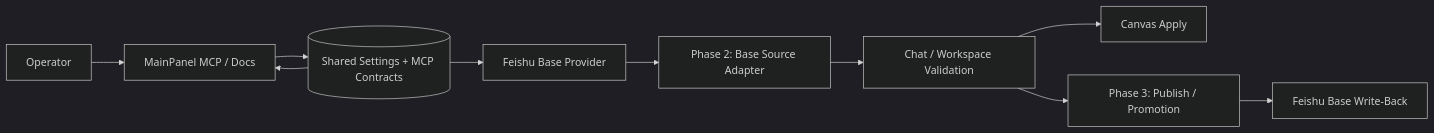
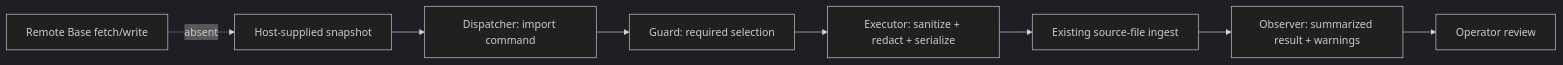
The first of 2 diagrams in docs/documents/knowgrph-mcp/knowgrph-feishu-base-mcp-prd-tad.md (huijoohwee/agentic-graph), drawn with Mermaid (dark theme) before and after one commit. The commit also changed other lines of this file and 76 other files, not shown here.

````diff
--- a/docs/documents/knowgrph-mcp/knowgrph-feishu-base-mcp-prd-tad.md
+++ b/docs/documents/knowgrph-mcp/knowgrph-feishu-base-mcp-prd-tad.md
@@ -317,22 +174,10 @@
 ```mermaid
 flowchart LR
-  Operator["Operator"]
-  MainPanel["MainPanel MCP / Docs"]
-  SharedContracts[("Shared Settings + MCP Contracts")]
-  BaseProvider["Feishu Base Provider"]
-  Adapter["Phase 2: Base Source Adapter"]
-  Validation["Chat / Workspace Validation"]
-  Canvas["Canvas Apply"]
-  Promotion["Phase 3: Publish / Promotion"]
-  BaseWrite["Feishu Base Write-Back"]
-
-  Operator --> MainPanel
-  MainPanel --> SharedContracts
-  SharedContracts --> MainPanel
-  SharedContracts --> BaseProvider
-  BaseProvider --> Adapter
-  Adapter --> Validation
-  Validation --> Canvas
-  Validation --> Promotion
-  Promotion --> BaseWrite
+    A["Host-supplied snapshot"] --> B["Dispatcher: import command"]
+    B --> C["Guard: required selection"]
+    C --> D["Executor: sanitize + redact + serialize"]
+    D --> E["Existing source-file ingest"]
+    E --> F["Observer: summarized result + warnings"]
+    F --> G["Operator review"]
+    H["Remote Base fetch/write"] -. "absent" .-> A
 ```
````
